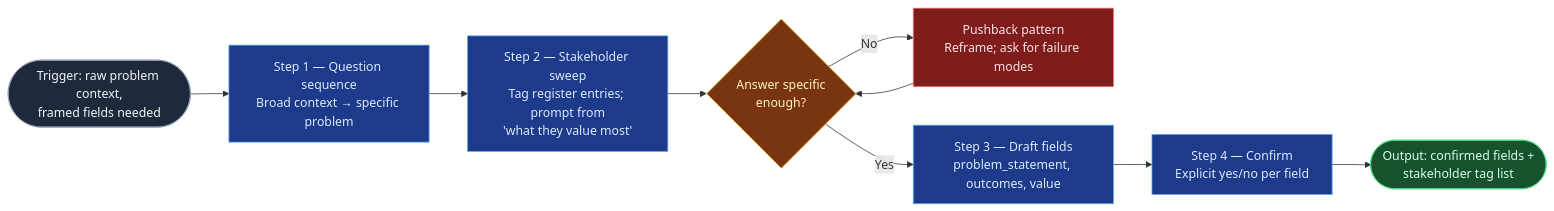
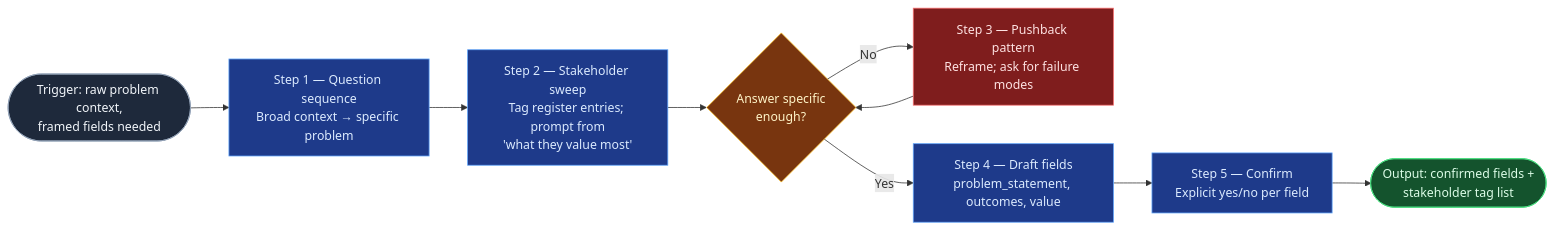
One commit to RafySauce/flow-lab changed the diagram in skill-foundry/backlog-skill-starters/context-elicitation/SKILL.md. Above: the diagram before and after it, drawn with Mermaid. The commit also changed other lines of this file and 14 other files, not shown here.

First line of the commit message:
Run five-point gate pre-review and flowspace validation for ai-refinement

````diff
--- a/skill-foundry/backlog-skill-starters/context-elicitation/SKILL.md
+++ b/skill-foundry/backlog-skill-starters/context-elicitation/SKILL.md
@@ -39,17 +39,17 @@
 ```mermaid
 flowchart LR
     Start(["Trigger: raw problem context,<br/>framed fields needed"]):::start --> Q["Step 1 — Question sequence<br/>Broad context → specific problem"]:::process
     Q --> SW["Step 2 — Stakeholder sweep<br/>Tag register entries; prompt from<br/>'what they value most'"]:::process
     SW --> V{"Answer specific<br/>enough?"}:::decision
-    V -->|No| PB["Pushback pattern<br/>Reframe; ask for failure modes"]:::halt
+    V -->|No| PB["Step 3 — Pushback pattern<br/>Reframe; ask for failure modes"]:::halt
     PB --> V
-    V -->|Yes| D["Step 3 — Draft fields<br/>problem_statement, outcomes, value"]:::process
-    D --> C["Step 4 — Confirm<br/>Explicit yes/no per field"]:::process
+    V -->|Yes| D["Step 4 — Draft fields<br/>problem_statement, outcomes, value"]:::process
+    D --> C["Step 5 — Confirm<br/>Explicit yes/no per field"]:::process
     C --> Output(["Output: confirmed fields +<br/>stakeholder tag list"]):::output
 
     classDef start fill:#1e293b,stroke:#94a3b8,color:#f1f5f9
     classDef process fill:#1e3a8a,stroke:#60a5fa,color:#dbeafe
     classDef decision fill:#78350f,stroke:#fbbf24,color:#fef3c7
     classDef output fill:#14532d,stroke:#4ade80,color:#dcfce7
     classDef halt fill:#7f1d1d,stroke:#f87171,color:#fee2e2
 ```
````
